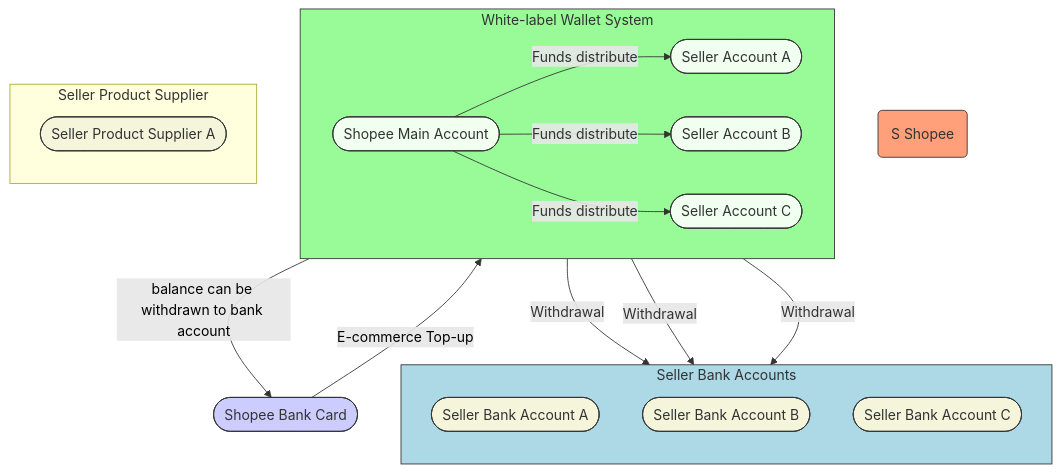
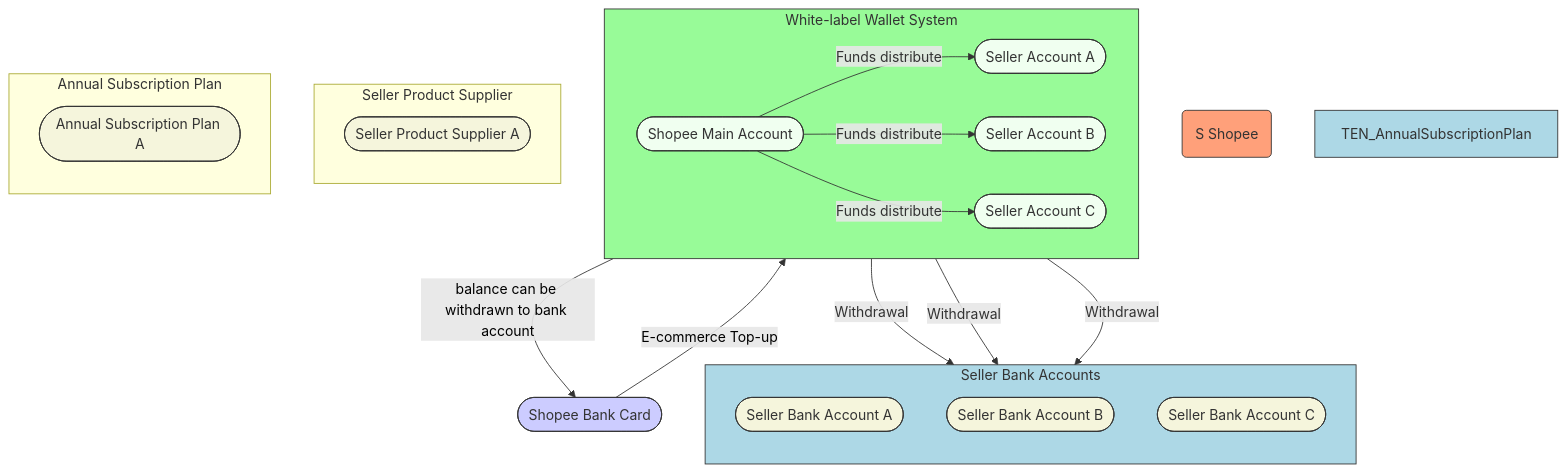
Before and after one commit to blaire101/data-warehouse-solutions: the second of 2 diagrams in README.md, drawn with Mermaid.

````diff
--- a/README.md
+++ b/README.md
@@ -86,59 +86,67 @@
 ```mermaid
 graph TD
     %% Left side entities - Shopee above Shopee Bank Card
     Shopee(S Shopee)
     style Shopee fill:#FFA07A,stroke:#333,stroke-width:2px %% Adjusted to comfortable orange-yellow
     ShopeeBankCard([Shopee Bank Card])
     style ShopeeBankCard fill:#ccf,stroke:#333,stroke-width:2px %% Keep light blue for the card
 
     %% Central green box - White-label Official Wallet
     subgraph SG_Wallet_T["White-label Wallet System"]
         direction LR %% Internal layout is more left-to-right
         style SG_Wallet_T fill:#98FB98,stroke:#333,stroke-width:2px %% Changed to light green
         SMA([Shopee Main Account])
         style SMA fill:#F0FFF0,stroke:#333,stroke-width:2px %% Keep very pale green
         SA_A([Seller Account A])
         style SA_A fill:#F0FFF0,stroke:#333,stroke-width:2px %% Keep very pale green
         SA_B([Seller Account B])
         style SA_B fill:#F0FFF0,stroke:#333,stroke-width:2px %% Keep very pale green
         SA_C([Seller Account C])
         style SA_C fill:#F0FFF0,stroke:#333,stroke-width:2px %% Keep very pale green
 
         SMA -- "Funds distribute" --> SA_A
         SMA -- "Funds distribute" --> SA_B
         SMA -- "Funds distribute" --> SA_C
         linkStyle 0,1,2 stroke:#333,stroke-width:1px
     end
 
     %% Right blue box - Seller Bank Accounts
     subgraph SG_SellerBanks["Seller Bank Accounts"]
         direction TB %% Internal layout is top-to-bottom
         style SG_SellerBanks fill:#ADD8E6,stroke:#333,stroke-width:2px %% Changed to light blue
         SBA_A([Seller Bank Account A])
         style SBA_A fill:#F5F5DC,stroke:#333,stroke-width:2px %% Keep beige
         SBA_B([Seller Bank Account B])
         style SBA_B fill:#F5F5DC,stroke:#333,stroke-width:2px %% Keep beige
         SBA_C([Seller Bank Account C])
         style SBA_C fill:#F5F5DC,stroke:#333,stroke-width:2px %% Keep beige
     end
 
-    %% Right blue box - Product Supplier
+    %% Right blue box - Seller Product Supplier
     subgraph SZ_ProductSupplier["Seller Product Supplier"]
         direction TB %% Internal layout is top-to-bottom
         style SG_SellerBanks fill:#ADD8E6,stroke:#333,stroke-width:2px %% Changed to light blue
         SPS_A([Seller Product Supplier A])
         style SPS_A fill:#F5F5DC,stroke:#333,stroke-width:2px %% Keep beige
+    end
+
+    %% Right blue box - Annual Subscription Plan
+    subgraph TEN_["Annual Subscription Plan"]
+        direction TB %% Internal layout is top-to-bottom
+        style TEN_AnnualSubscriptionPlan fill:#ADD8E6,stroke:#333,stroke-width:2px %% Changed to light blue
+        ASP_A([Annual Subscription Plan A])
+        style ASP_A fill:#F5F5DC,stroke:#333,stroke-width:2px %% Keep beige
     end
 
     %% Connections between main sections
     ShopeeBankCard --> |E-commerce Top-up| SMA
     linkStyle 3 stroke:#333,stroke-width:1px,color:#000
 
     SMA --> |balance can be withdrawn to bank account| ShopeeBankCard
     linkStyle 4 stroke:#333,stroke-width:1px,color:#000
 
     SA_A --> |Withdrawal| SBA_A
     SA_B --> |Withdrawal| SBA_B
     SA_C --> |Withdrawal| SBA_C
     linkStyle 5,6,7 stroke:#333,stroke-width:1px
 ```
````
